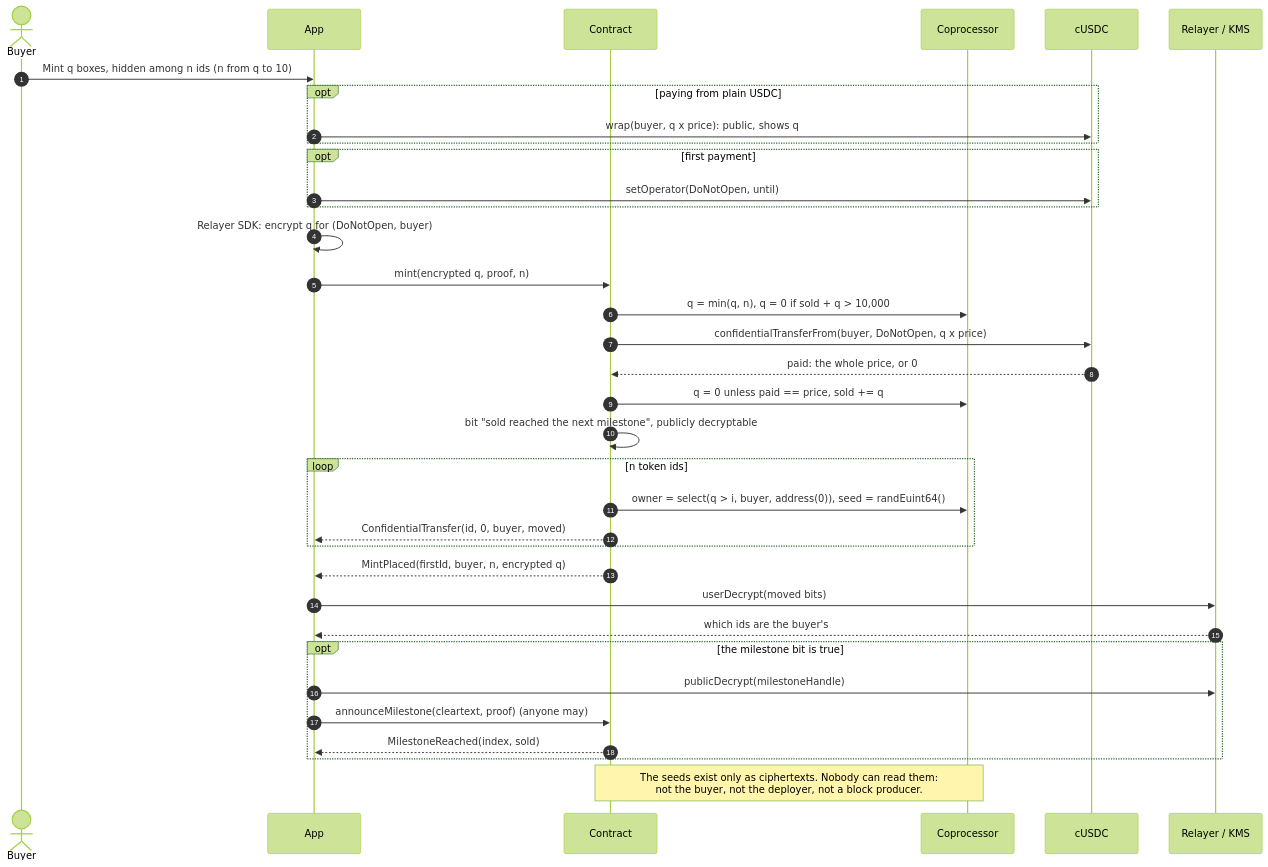
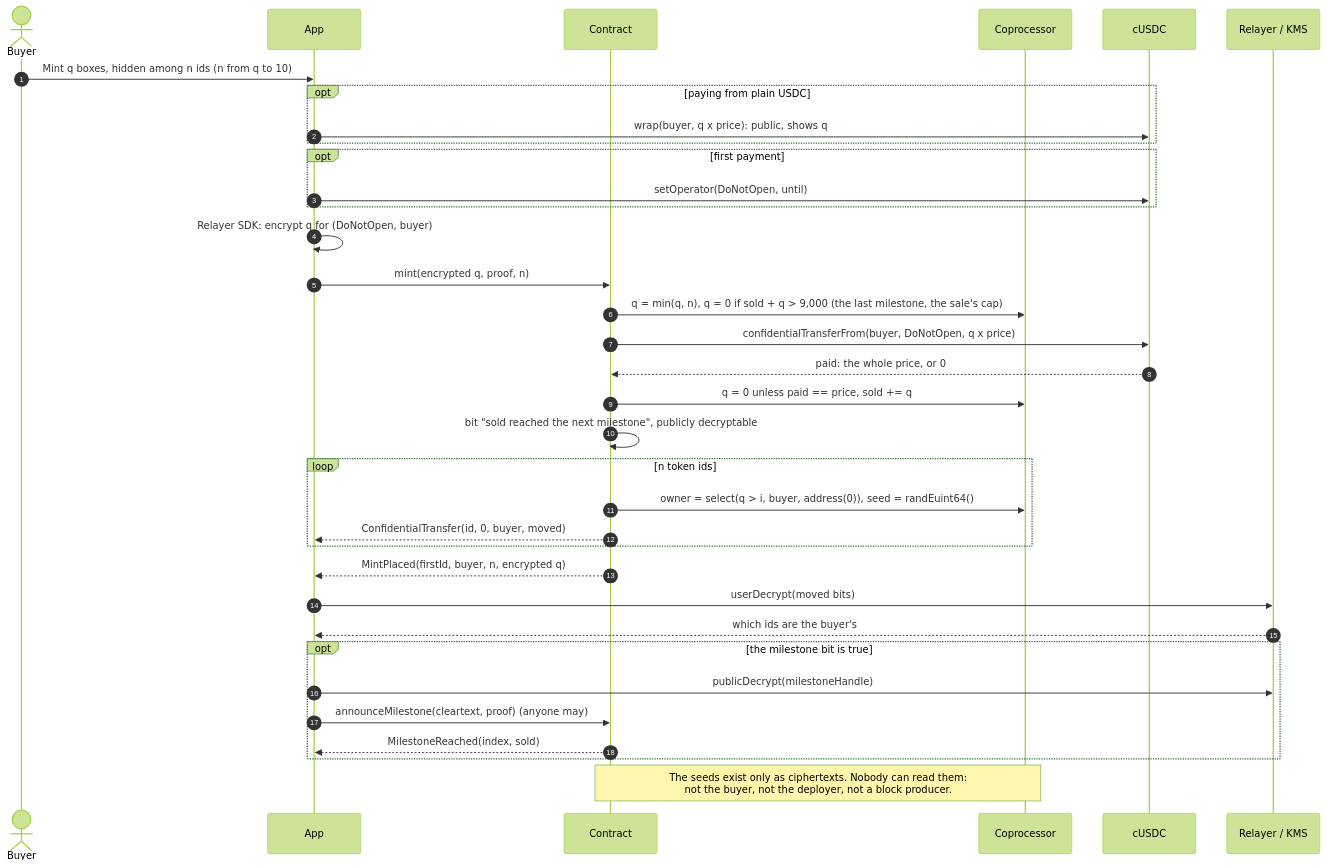
One commit to jecombe/do_not_open changed the second of 41 diagrams in docs/FLOWS.md. Above: the diagram before and after it, drawn with Mermaid (forest theme). The commit also changed other lines of this file and 64 other files, not shown here.

````diff
--- a/docs/FLOWS.md
+++ b/docs/FLOWS.md
@@ -71,37 +71,37 @@
 ```mermaid
 sequenceDiagram
   autonumber
   actor U as Buyer
   participant App
   participant C as Contract
   participant Co as Coprocessor
   participant K as cUSDC
   participant R as Relayer / KMS
   U->>App: Mint q boxes, hidden among n ids (n from q to 10)
   opt paying from plain USDC
     App->>K: wrap(buyer, q x price): public, shows q
   end
   opt first payment
     App->>K: setOperator(DoNotOpen, until)
   end
   App->>App: Relayer SDK: encrypt q for (DoNotOpen, buyer)
   App->>C: mint(encrypted q, proof, n)
-  C->>Co: q = min(q, n), q = 0 if sold + q > 10,000
+  C->>Co: q = min(q, n), q = 0 if sold + q > 9,000 (the last milestone, the sale's cap)
   C->>K: confidentialTransferFrom(buyer, DoNotOpen, q x price)
   K-->>C: paid: the whole price, or 0
   C->>Co: q = 0 unless paid == price, sold += q
   C->>C: bit "sold reached the next milestone", publicly decryptable
   loop n token ids
     C->>Co: owner = select(q > i, buyer, address(0)), seed = randEuint64()
     C-->>App: ConfidentialTransfer(id, 0, buyer, moved)
   end
   C-->>App: MintPlaced(firstId, buyer, n, encrypted q)
   App->>R: userDecrypt(moved bits)
   R-->>App: which ids are the buyer's
   opt the milestone bit is true
     App->>R: publicDecrypt(milestoneHandle)
     App->>C: announceMilestone(cleartext, proof) (anyone may)
     C-->>App: MilestoneReached(index, sold)
   end
   Note over C,Co: The seeds exist only as ciphertexts. Nobody can read them:<br/>not the buyer, not the deployer, not a block producer.
 ```
````
